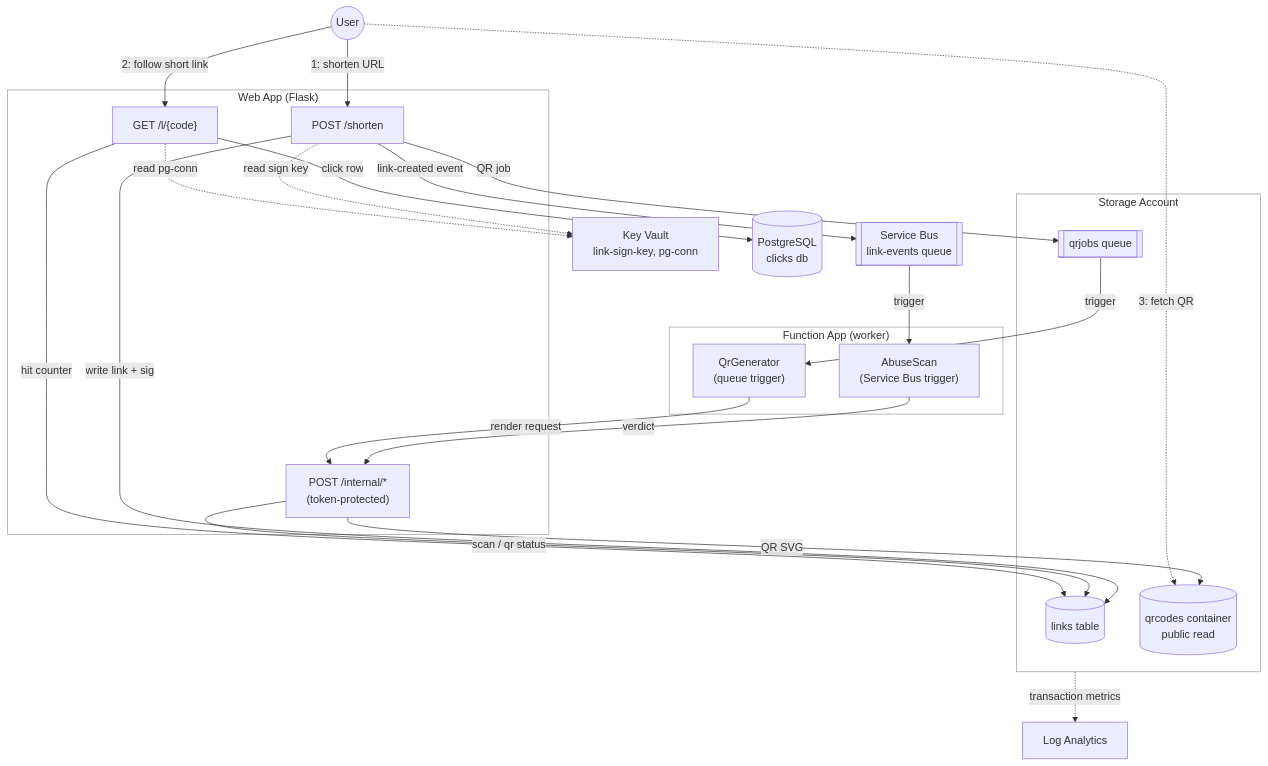
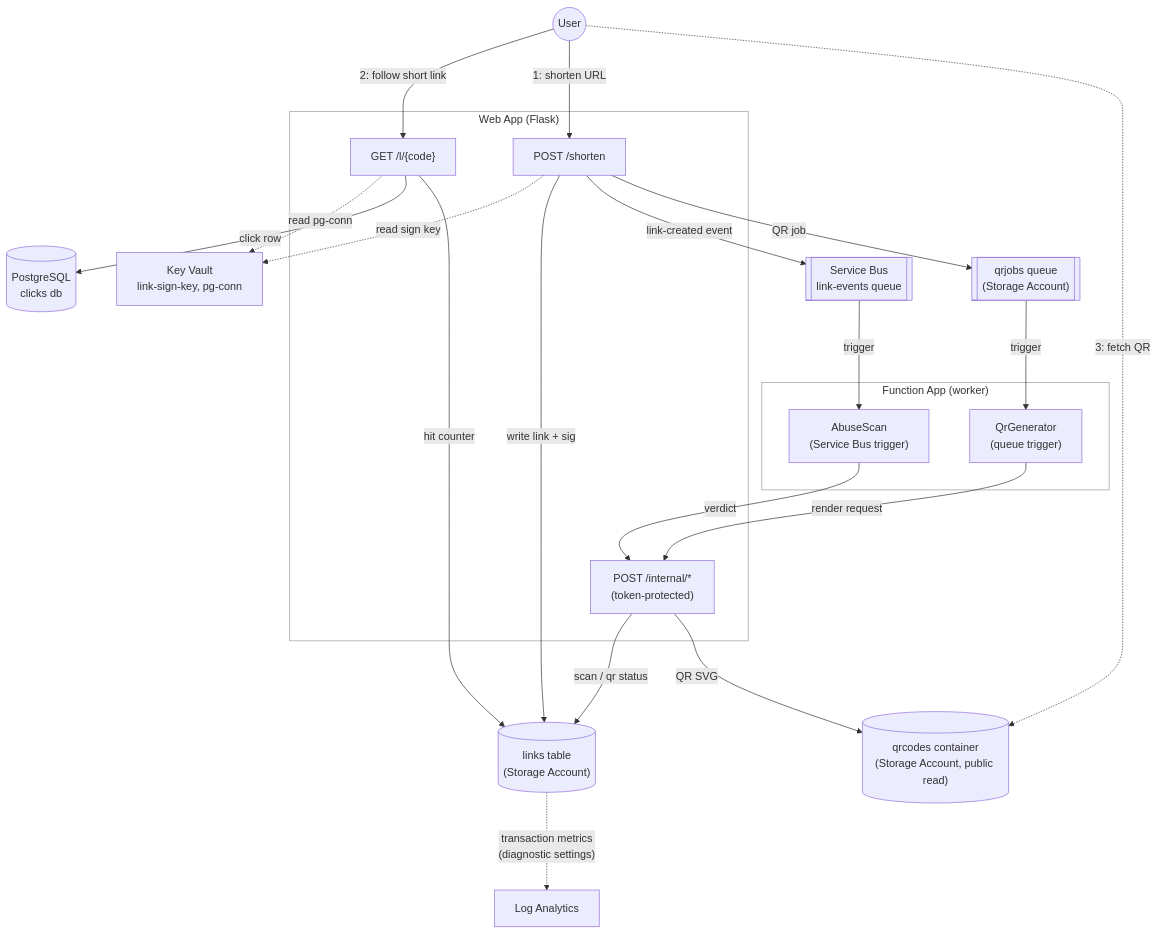
The diagram in samples/url-shortener/python/README.md (localstack/localstack-azure-samples), drawn with Mermaid before and after one commit.

Commit message:
Untangle the url-shortener diagram's edge routing
The Storage Account subgraph forced links/qrjobs/qrcodes to sit adjacent,
so every edge into them shared one corridor and the arcs overlapped and
merged. Dissolve that cluster into individually placed nodes labeled
"(Storage Account)", group each user journey's edges together, add
node/rank spacing, and route the storage metrics edge from the links
table. Every edge now runs separately with its label on it.

````diff
--- a/samples/url-shortener/python/README.md
+++ b/samples/url-shortener/python/README.md
@@ -25,51 +25,49 @@
 ```mermaid
+%%{init: {"flowchart": {"nodeSpacing": 60, "rankSpacing": 80}}}%%
 flowchart TB
     user((User))
 
     subgraph webapp["Web App (Flask)"]
+        follow["GET /l/{code}"]
         shorten["POST /shorten"]
-        follow["GET /l/{code}"]
         internal["POST /internal/*<br/>(token-protected)"]
     end
+
+    kv["Key Vault<br/>link-sign-key, pg-conn"]
+    pg[("PostgreSQL<br/>clicks db")]
+    sb[["Service Bus<br/>link-events queue"]]
+    links[("links table<br/>(Storage Account)")]
+    qrjobs[["qrjobs queue<br/>(Storage Account)"]]
+    qrcodes[("qrcodes container<br/>(Storage Account, public read)")]
+    logs["Log Analytics"]
 
     subgraph functions["Function App (worker)"]
         abuse["AbuseScan<br/>(Service Bus trigger)"]
         qrgen["QrGenerator<br/>(queue trigger)"]
     end
 
-    subgraph storage["Storage Account"]
-        links[("links table")]
-        qrjobs[["qrjobs queue"]]
-        qrcodes[("qrcodes container<br/>public read")]
-    end
+    user -->|"2: follow short link"| follow
+    user -->|"1: shorten URL"| shorten
+    user -.->|"3: fetch QR"| qrcodes
 
-    kv["Key Vault<br/>link-sign-key, pg-conn"]
-    sb[["Service Bus<br/>link-events queue"]]
-    pg[("PostgreSQL<br/>clicks db")]
-    logs["Log Analytics"]
+    follow -.->|"read pg-conn"| kv
+    follow -->|"click row"| pg
+    follow -->|"hit counter"| links
 
-    user -->|"1: shorten URL"| shorten
     shorten -.->|"read sign key"| kv
     shorten -->|"write link + sig"| links
     shorten -->|"link-created event"| sb
     shorten -->|"QR job"| qrjobs
 
     sb -->|"trigger"| abuse
     qrjobs -->|"trigger"| qrgen
     abuse -->|"verdict"| internal
     qrgen -->|"render request"| internal
     internal -->|"scan / qr status"| links
     internal -->|"QR SVG"| qrcodes
 
-    user -->|"2: follow short link"| follow
-    follow -->|"hit counter"| links
-    follow -.->|"read pg-conn"| kv
-    follow -->|"click row"| pg
-
-    user -.->|"3: fetch QR"| qrcodes
-    storage -.->|"transaction metrics"| logs
+    links -.->|"transaction metrics<br/>(diagnostic settings)"| logs
 
     style webapp fill:#ffffff,stroke:#999999,color:#333333
     style functions fill:#ffffff,stroke:#999999,color:#333333
-    style storage fill:#ffffff,stroke:#999999,color:#333333
 ```
````
